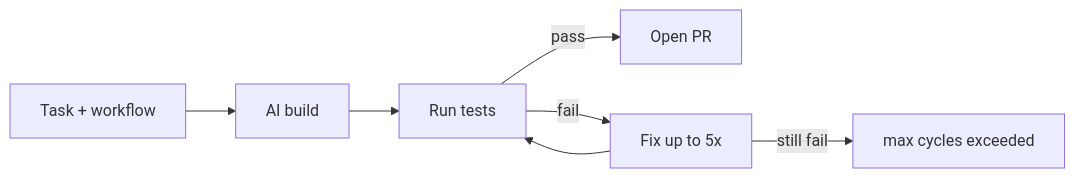
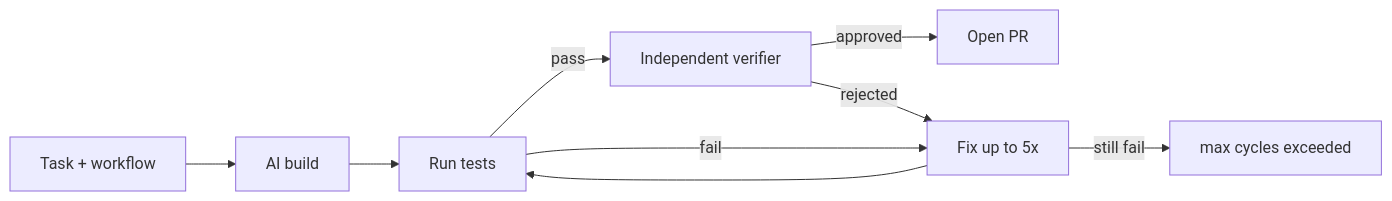
One commit to hirakroya50/coffee changed the diagram in README.md. Above: the diagram before and after it, drawn with Mermaid. The commit also changed other lines of this file and 2 other files, not shown here.

First line of the commit message:
Wire independent verifier into builder loop for A9.

````diff
--- a/README.md
+++ b/README.md
@@ -30,9 +30,11 @@
 ```mermaid
 flowchart LR
   task[Task + workflow] --> build[AI build]
   build --> test[Run tests]
-  test -->|pass| pr[Open PR]
-  test -->|fail| fix[Fix up to 5x]
+  test -->|pass| verify[Independent verifier]
+  verify -->|approved| pr[Open PR]
+  verify -->|rejected| fix[Fix up to 5x]
+  test -->|fail| fix
   fix --> test
   fix -->|still fail| fail[max cycles exceeded]
 ```
````
